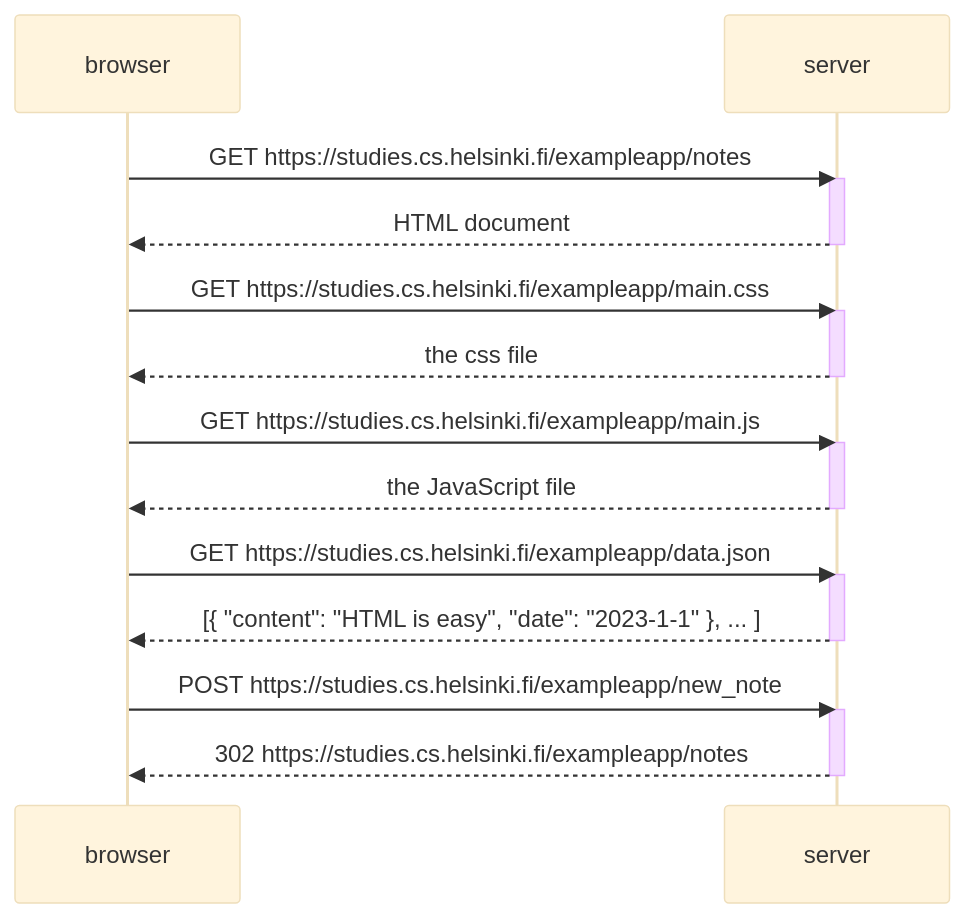
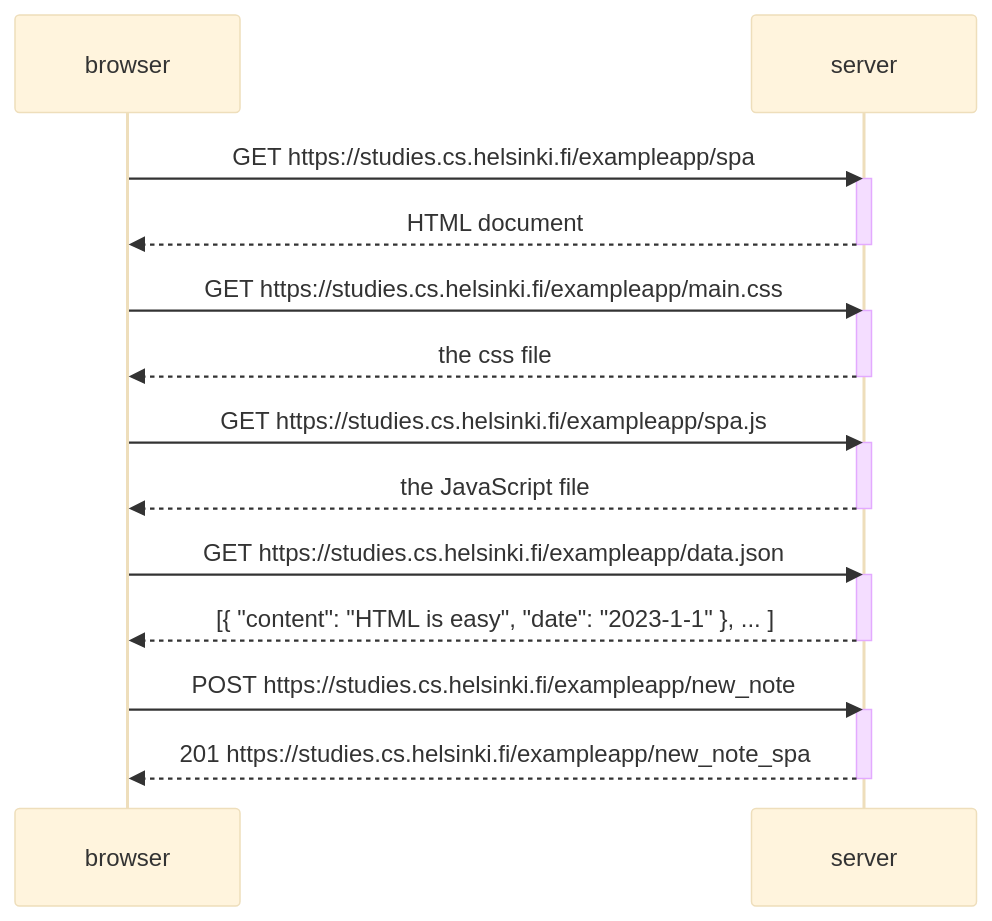
Before and after one commit to NicholasWatney/fso: the diagram in part0/0_5.md, drawn with Mermaid (base theme).

````diff
--- a/part0/0_5.md
+++ b/part0/0_5.md
@@ -2,30 +2,30 @@
 ```mermaid
 sequenceDiagram
     participant browser
     participant server
 
-    browser->>server: GET https://studies.cs.helsinki.fi/exampleapp/notes
+    browser->>server: GET https://studies.cs.helsinki.fi/exampleapp/spa
     activate server
     server-->>browser: HTML document
     deactivate server
 
     browser->>server: GET https://studies.cs.helsinki.fi/exampleapp/main.css
     activate server
     server-->>browser: the css file
     deactivate server
 
-    browser->>server: GET https://studies.cs.helsinki.fi/exampleapp/main.js
+    browser->>server: GET https://studies.cs.helsinki.fi/exampleapp/spa.js
     activate server
     server-->>browser: the JavaScript file
     deactivate server
 
     browser->>server: GET https://studies.cs.helsinki.fi/exampleapp/data.json
     activate server
     server-->>browser: [{ "content": "HTML is easy", "date": "2023-1-1" }, ... ]
     deactivate server
 
     browser->>server: POST https://studies.cs.helsinki.fi/exampleapp/new_note
     activate server
-    server-->>browser: 302 https://studies.cs.helsinki.fi/exampleapp/notes
+    server-->>browser: 201 https://studies.cs.helsinki.fi/exampleapp/new_note_spa
     deactivate server
 ```
````
